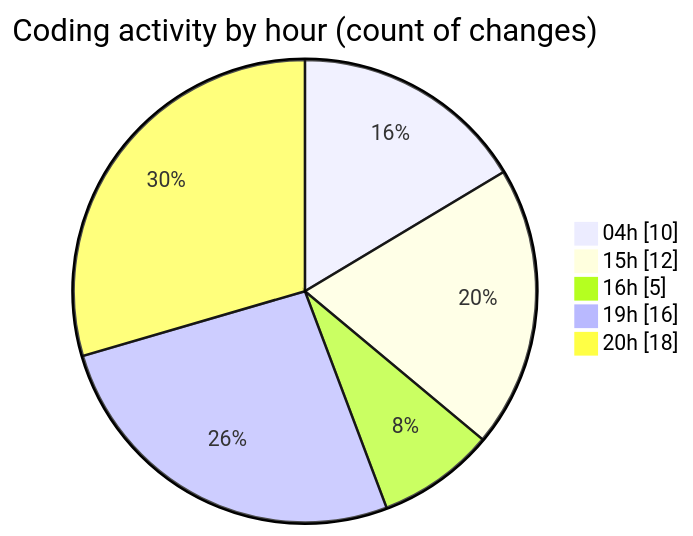
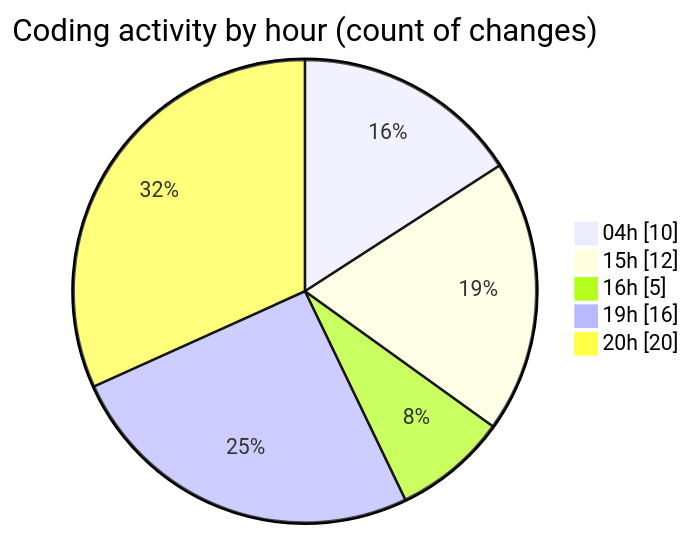
Before and after one commit to charlie-sans/code-tracking: the second of 2 diagrams in 2025-03-17/sharpmasm/README.md, drawn with Mermaid. The commit also changed other lines of this file and 1 other file, not shown here.

````diff
--- a/2025-03-17/sharpmasm/README.md
+++ b/2025-03-17/sharpmasm/README.md
@@ -37,9 +37,9 @@
 ```mermaid
 pie showData
 title Coding activity by hour (count of changes)
 "04h" : 10
 "15h" : 12
 "16h" : 5
 "19h" : 16
-"20h" : 18
+"20h" : 20
 ```
````
